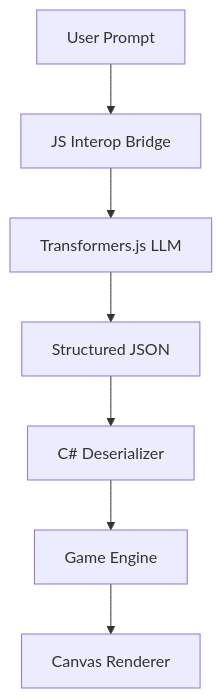
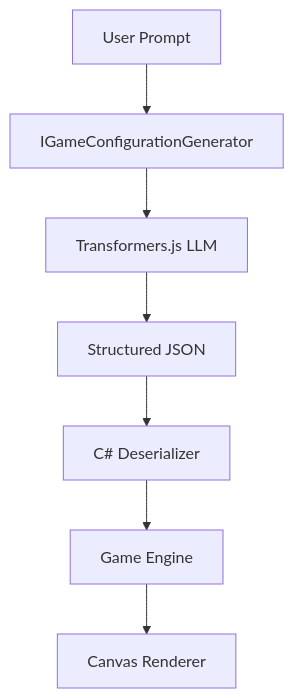
One commit to vasireddy/AISnakeGame changed the diagram in docs/06-ai-theme-generation-flow.md. Above: the diagram before and after it, drawn with Mermaid. The commit also changed other lines of this file and 19 other files, not shown here.

First line of the commit message:
Finalize AI Snake Studio with Clean Architecture and Powerups.

````diff
--- a/docs/06-ai-theme-generation-flow.md
+++ b/docs/06-ai-theme-generation-flow.md
@@ -16,9 +17,9 @@
 ```mermaid
 flowchart TD
-    Prompt[User Prompt] --> Bridge[JS Interop Bridge]
+    Prompt[User Prompt] --> Bridge[IGameConfigurationGenerator]
     Bridge --> LLM[Transformers.js LLM]
     LLM --> JSON[Structured JSON]
     JSON --> CSharp[C# Deserializer]
     CSharp --> Engine[Game Engine]
     Engine --> Renderer[Canvas Renderer]
 ```
````
